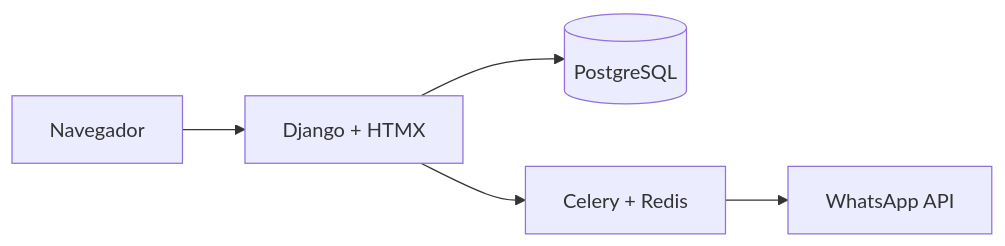
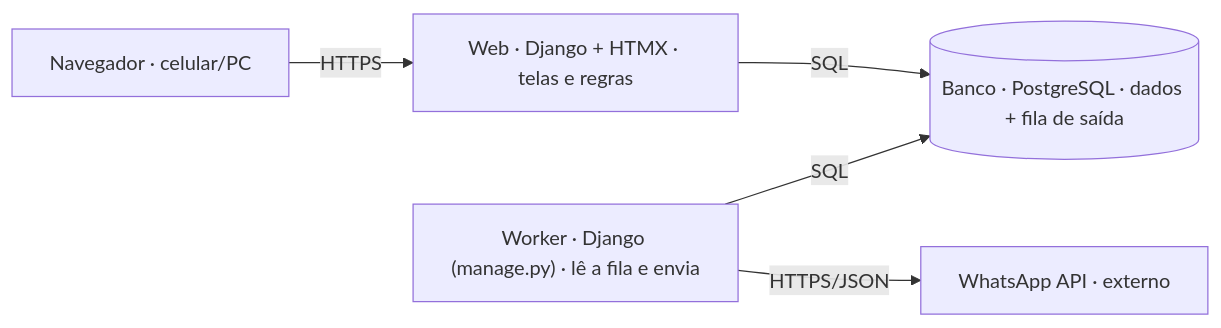
The second of 3 diagrams in docs/modelos/arquitetura.md (septa-systems/septa-handbook), drawn with Mermaid before and after one commit. The commit also changed other lines of this file and 12 other files, not shown here.

````diff
--- a/docs/modelos/arquitetura.md
+++ b/docs/modelos/arquitetura.md
@@ -19,7 +25,7 @@
 ```mermaid
 flowchart LR
-  nav[Navegador] --> django[Django + HTMX]
-  django --> db[(PostgreSQL)]
-  django --> fila[Celery + Redis]
-  fila --> whatsapp[WhatsApp API]
+  nav["Navegador · celular/PC"] -- "HTTPS" --> web["Web · Django + HTMX · telas e regras"]
+  web -- "SQL" --> db[("Banco · PostgreSQL · dados + fila de saída")]
+  worker["Worker · Django (manage.py) · lê a fila e envia"] -- "SQL" --> db
+  worker -- "HTTPS/JSON" --> whatsapp["WhatsApp API · externo"]
 ```
````
